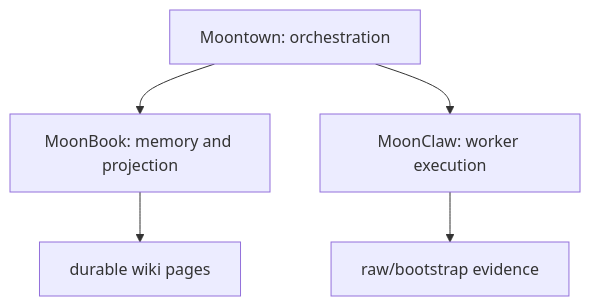
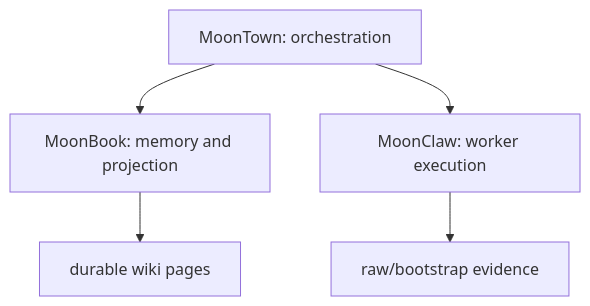
One commit to vectie/moonbook changed the third of 3 diagrams in seed/wiki/skills/research-report/SKILL.md. Above: the diagram before and after it, drawn with Mermaid. The commit also changed other lines of this file and 49 other files, not shown here.

````diff
--- a/seed/wiki/skills/research-report/SKILL.md
+++ b/seed/wiki/skills/research-report/SKILL.md
@@ -477,7 +477,7 @@
 ```mermaid
 flowchart TD
-  Town[Moontown: orchestration] --> Book[MoonBook: memory and projection]
+  Town[MoonTown: orchestration] --> Book[MoonBook: memory and projection]
   Town --> Claw[MoonClaw: worker execution]
   Claw --> Raw[raw/bootstrap evidence]
   Book --> Wiki[durable wiki pages]
 ```
````
